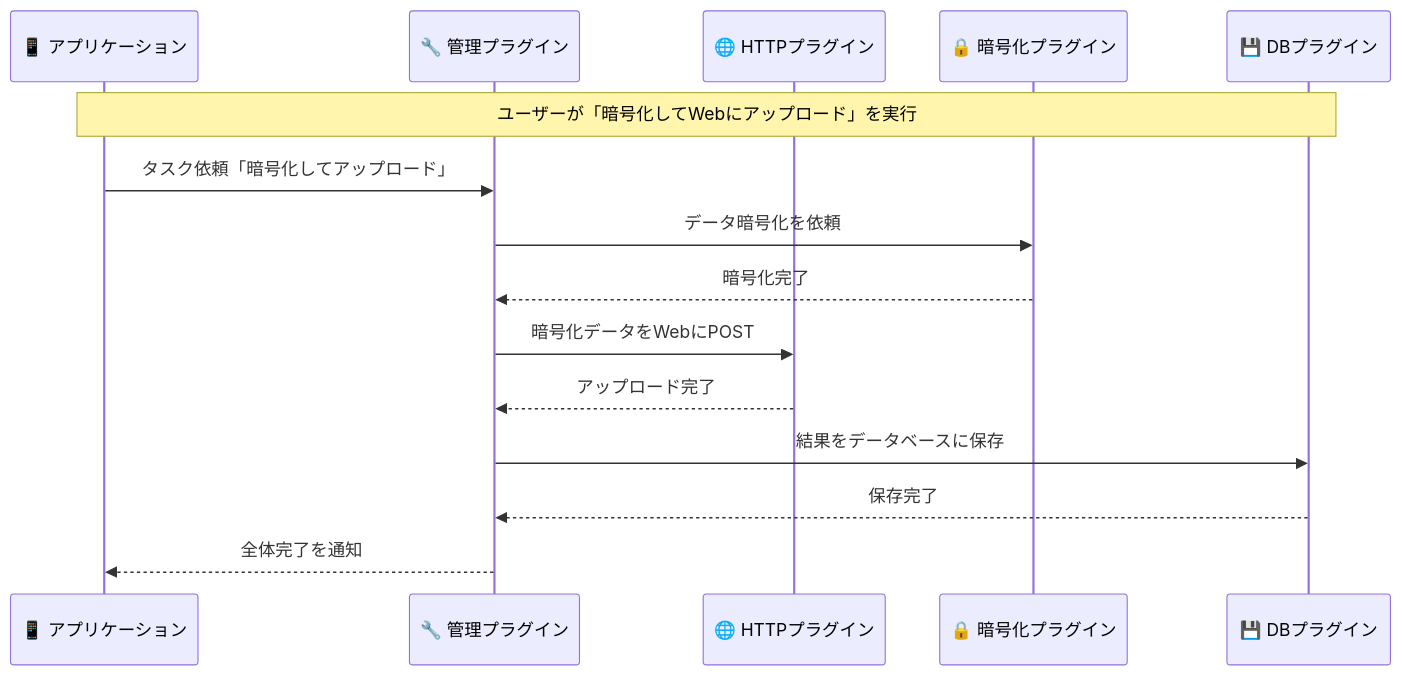
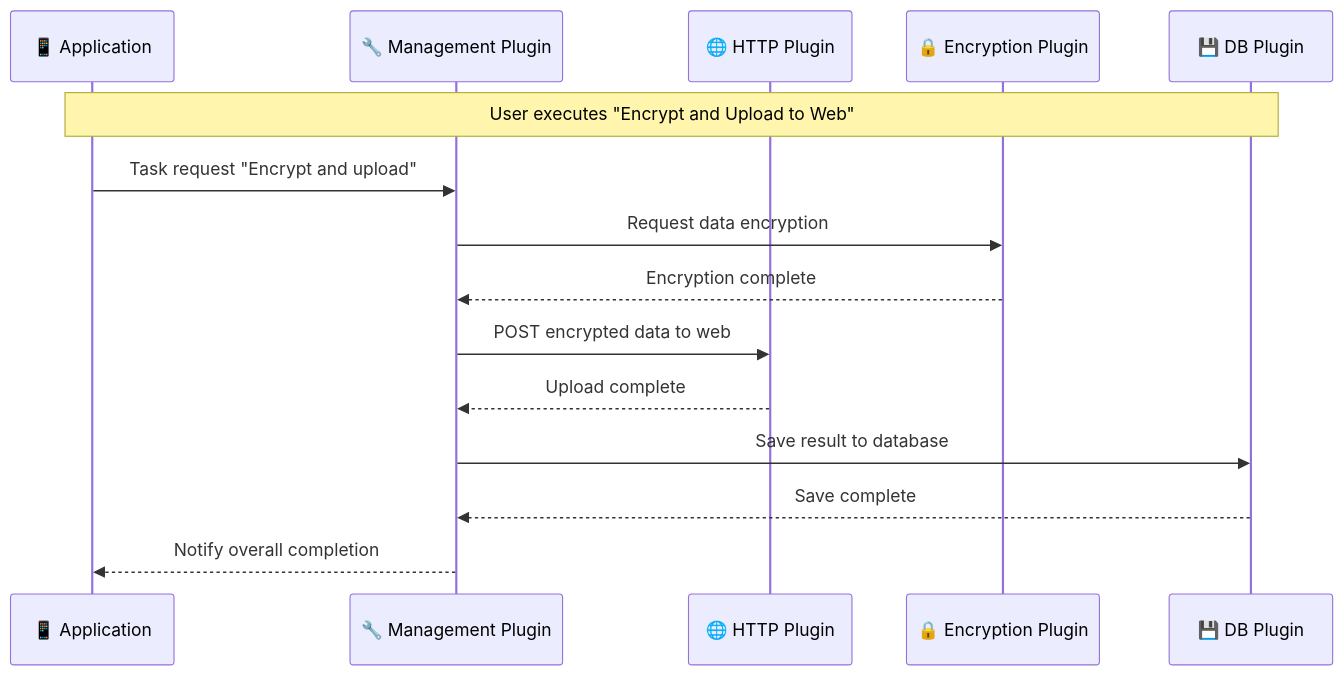
Before and after one commit to cubemelon-plugin-system/cubemelon-sdk: the second of 3 diagrams in README.md, drawn with Mermaid. The commit also changed other lines of this file and 7 other files, not shown here.

````diff
--- a/README.md
+++ b/README.md
@@ -219,19 +116,19 @@
 ```mermaid
   sequenceDiagram
-      participant App as 📱 アプリケーション
-      participant Mgr as 🔧 管理プラグイン
-      participant HTTP as 🌐 HTTPプラグイン
-      participant Crypto as 🔒 暗号化プラグイン
-      participant DB as 💾 DBプラグイン
+      participant App as 📱 Application
+      participant Mgr as 🔧 Management Plugin
+      participant HTTP as 🌐 HTTP Plugin
+      participant Crypto as 🔒 Encryption Plugin
+      participant DB as 💾 DB Plugin
 
-      Note over App,DB: ユーザーが「暗号化してWebにアップロード」を実行
+      Note over App,DB: User executes "Encrypt and Upload to Web"
 
-      App->>Mgr: タスク依頼「暗号化してアップロード」
-      Mgr->>Crypto: データ暗号化を依頼
-      Crypto-->>Mgr: 暗号化完了
-      Mgr->>HTTP: 暗号化データをWebにPOST
-      HTTP-->>Mgr: アップロード完了
-      Mgr->>DB: 結果をデータベースに保存
-      DB-->>Mgr: 保存完了
-      Mgr-->>App: 全体完了を通知
+      App->>Mgr: Task request "Encrypt and upload"
+      Mgr->>Crypto: Request data encryption
+      Crypto-->>Mgr: Encryption complete
+      Mgr->>HTTP: POST encrypted data to web
+      HTTP-->>Mgr: Upload complete
+      Mgr->>DB: Save result to database
+      DB-->>Mgr: Save complete
+      Mgr-->>App: Notify overall completion
 ```
````
